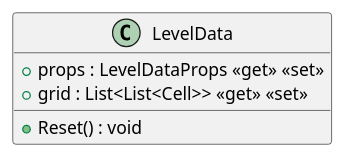
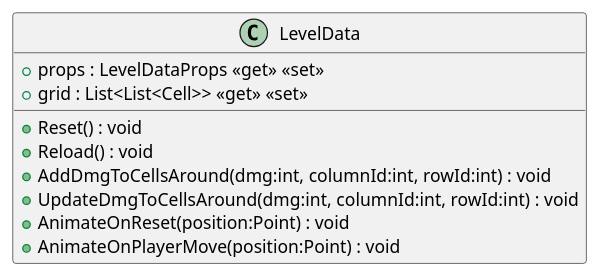
The diagram in uml/SweeperRpg/Src/LevelData.puml (Reroll-inc/sweeper-rpg), drawn with PlantUML before and after one commit. The commit also changed 31 other files, not shown here.

Commit message:
add workflow to publish and update uml

```diff
--- a/uml/SweeperRpg/Src/LevelData.puml
+++ b/uml/SweeperRpg/Src/LevelData.puml
@@ -1,5 +1,10 @@
 class LevelData {
     + props : LevelDataProps <<get>> <<set>>
     + grid : List<List<Cell>> <<get>> <<set>>
     + Reset() : void
+    + Reload() : void
+    + AddDmgToCellsAround(dmg:int, columnId:int, rowId:int) : void
+    + UpdateDmgToCellsAround(dmg:int, columnId:int, rowId:int) : void
+    + AnimateOnReset(position:Point) : void
+    + AnimateOnPlayerMove(position:Point) : void
 }
```
